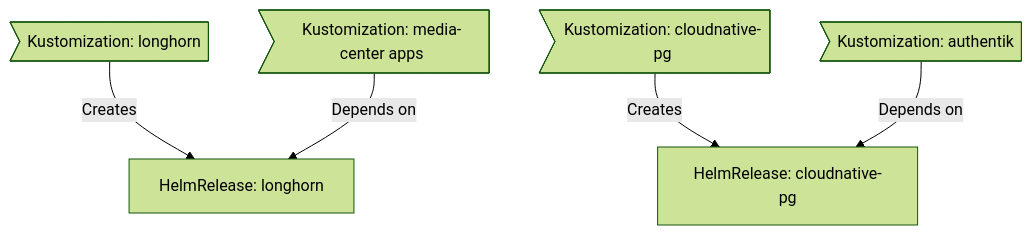
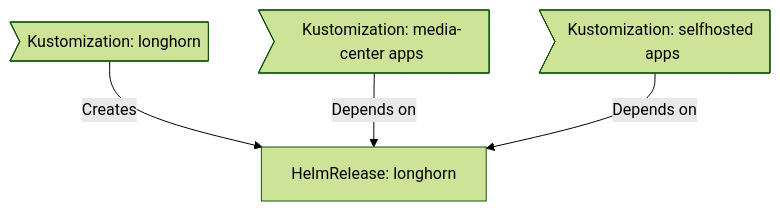
Before and after one commit to kondanta/homelab: the diagram in README.md, drawn with Mermaid (forest theme). The commit also changed other lines of this file, not shown here.

````diff
--- a/README.md
+++ b/README.md
@@ -69,7 +72,6 @@
 ```mermaid
 graph TD
     A>Kustomization: longhorn] -->|Creates| B[HelmRelease: longhorn]
-    C>Kustomization: cloudnative-pg] -->|Creates| D[HelmRelease: cloudnative-pg]
-    E>Kustomization: authentik] -->|Depends on| D
-    F>Kustomization: media-center apps] -->|Depends on| B
+    C>Kustomization: media-center apps] -->|Depends on| B
+    D>Kustomization: selfhosted apps] -->|Depends on| B
 ```
````
